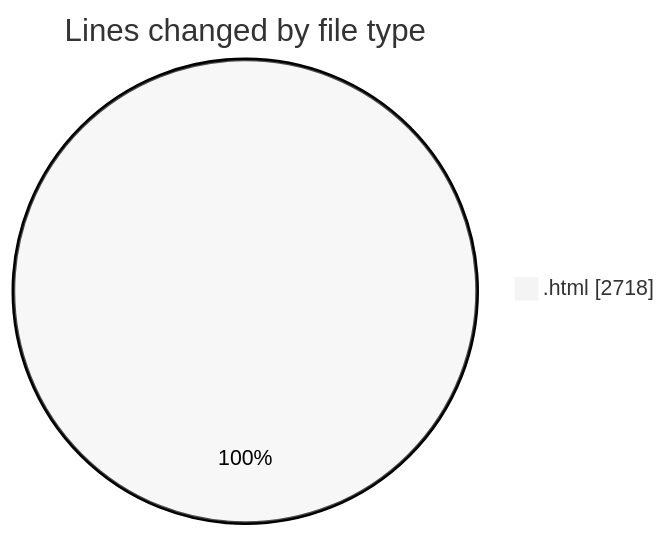
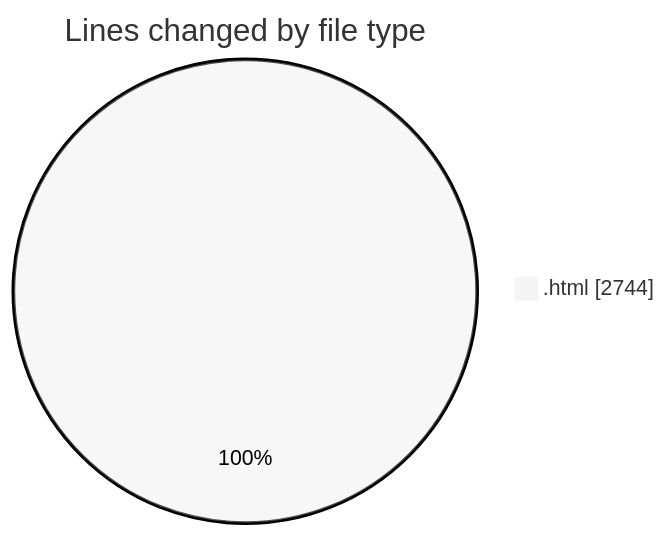
Before and after one commit to Ritupan-Deka/code-tracking: the first of 2 diagrams in 2025-02-15/0starter_files/README.md, drawn with Mermaid (neutral theme). The commit also changed other lines of this file and 1 other file, not shown here.

````diff
--- a/2025-02-15/0starter_files/README.md
+++ b/2025-02-15/0starter_files/README.md
@@ -20,5 +20,5 @@
 ```mermaid
 pie showData
 title Lines changed by file type
-".html" : 2718
+".html" : 2744
 ```
````
